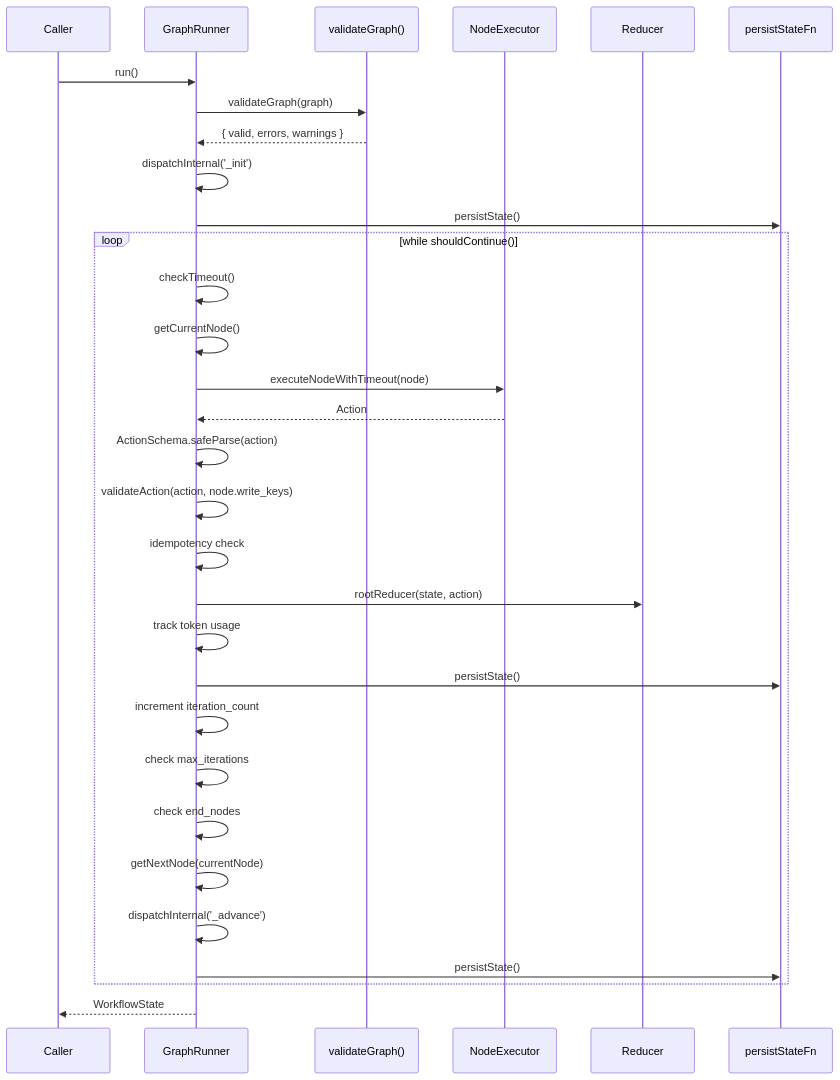
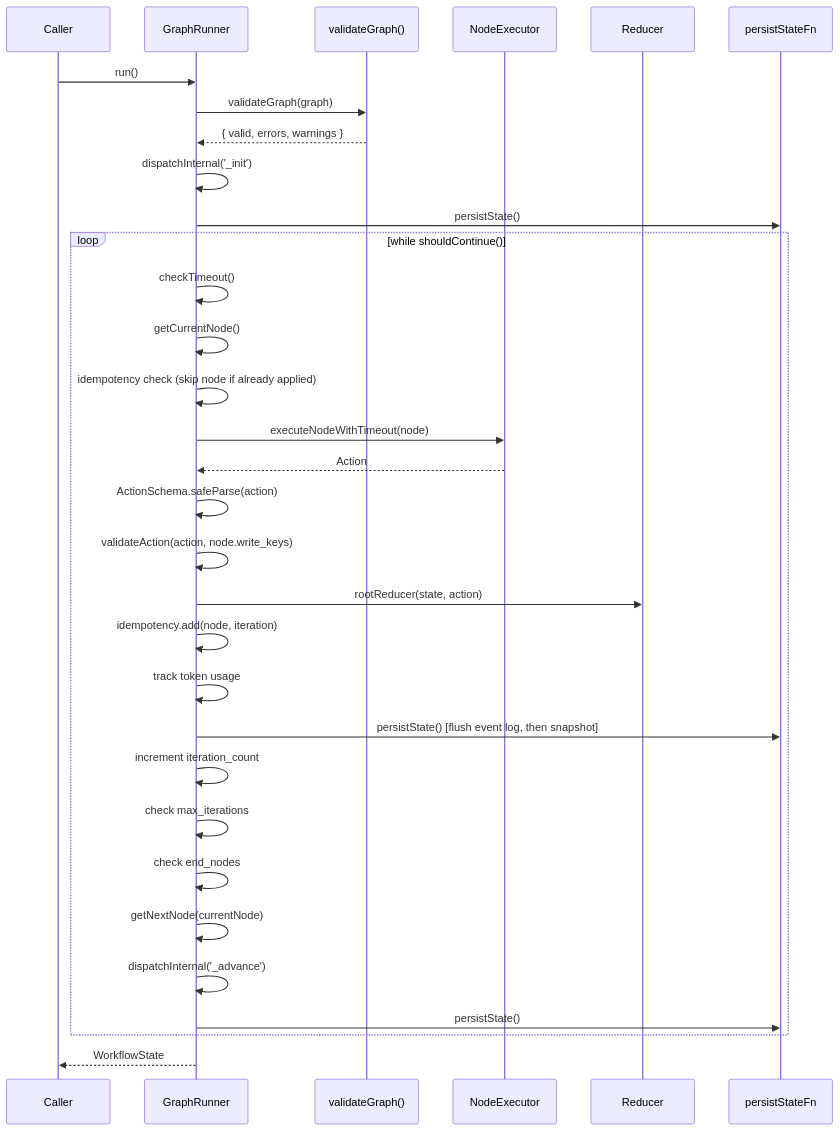
One commit to wmcmahan/cycgraph changed the second of 7 diagrams in packages/orchestrator/src/runner/README.md. Above: the diagram before and after it, drawn with Mermaid. The commit also changed other lines of this file and 166 other files, not shown here.

````diff
--- a/packages/orchestrator/src/runner/README.md
+++ b/packages/orchestrator/src/runner/README.md
@@ -149,37 +149,38 @@
 ```mermaid
 sequenceDiagram
     participant C as Caller
     participant GR as GraphRunner
     participant V as validateGraph()
     participant NE as NodeExecutor
     participant R as Reducer
     participant P as persistStateFn
 
     C->>GR: run()
     GR->>V: validateGraph(graph)
     V-->>GR: { valid, errors, warnings }
     
     GR->>GR: dispatchInternal('_init')
     GR->>P: persistState()
     
     loop while shouldContinue()
         GR->>GR: checkTimeout()
         GR->>GR: getCurrentNode()
+        GR->>GR: idempotency check (skip node if already applied)
         GR->>NE: executeNodeWithTimeout(node)
         NE-->>GR: Action
         GR->>GR: ActionSchema.safeParse(action)
         GR->>GR: validateAction(action, node.write_keys)
-        GR->>GR: idempotency check
         GR->>R: rootReducer(state, action)
+        GR->>GR: idempotency.add(node, iteration)
         GR->>GR: track token usage
-        GR->>P: persistState()
+        GR->>P: persistState() [flush event log, then snapshot]
         GR->>GR: increment iteration_count
         GR->>GR: check max_iterations
         GR->>GR: check end_nodes
         GR->>GR: getNextNode(currentNode)
         GR->>GR: dispatchInternal('_advance')
         GR->>P: persistState()
     end
     
     GR-->>C: WorkflowState
 ```
````
